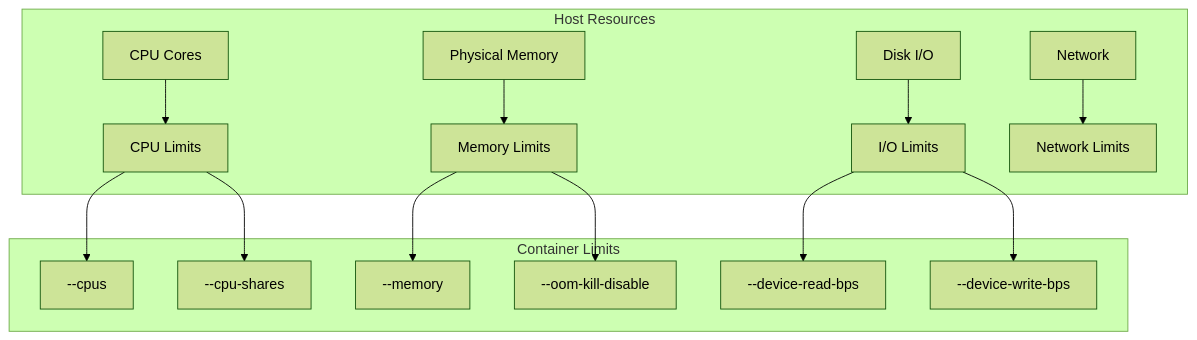
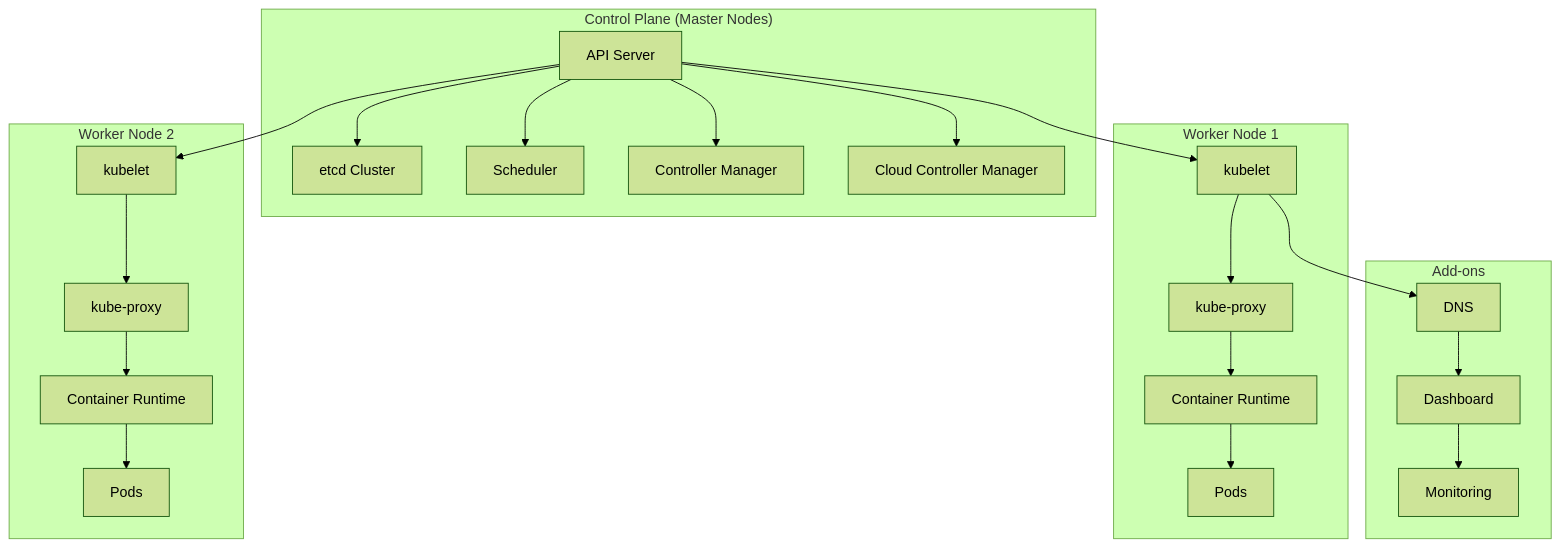
One commit to niceguy61/kdt_devops_lecture_2025 changed the first of 2 diagrams in week_02/day_03/session_02.md. Above: the diagram before and after it, drawn with Mermaid (forest theme). The commit also changed other lines of this file and 41 other files, not shown here.

````diff
--- a/week_02/day_03/session_02.md
+++ b/week_02/day_03/session_02.md
@@ -15,18 +15,30 @@
 ```mermaid
 graph TB
-    subgraph "Host Resources"
-        A[CPU Cores] --> B[CPU Limits]
-        C[Physical Memory] --> D[Memory Limits]
-        E[Disk I/O] --> F[I/O Limits]
-        G[Network] --> H[Network Limits]
+    subgraph "Control Plane (Master Nodes)"
+        A[API Server] --> B[etcd Cluster]
+        A --> C[Scheduler]
+        A --> D[Controller Manager]
+        A --> E[Cloud Controller Manager]
     end
     
-    subgraph "Container Limits"
-        B --> I[--cpus]
-        B --> J[--cpu-shares]
-        D --> K[--memory]
-        D --> L[--oom-kill-disable]
-        F --> M[--device-read-bps]
-        F --> N[--device-write-bps]
+    subgraph "Worker Node 1"
+        F[kubelet] --> G[kube-proxy]
+        G --> H[Container Runtime]
+        H --> I[Pods]
     end
+    
+    subgraph "Worker Node 2"
+        J[kubelet] --> K[kube-proxy]
+        K --> L[Container Runtime]
+        L --> M[Pods]
+    end
+    
+    subgraph "Add-ons"
+        N[DNS] --> O[Dashboard]
+        O --> P[Monitoring]
+    end
+    
+    A --> F
+    A --> J
+    F --> N
 ```
````
